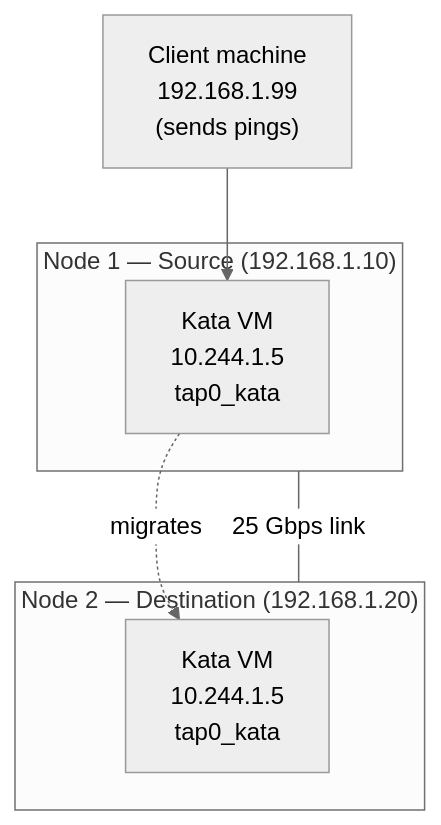
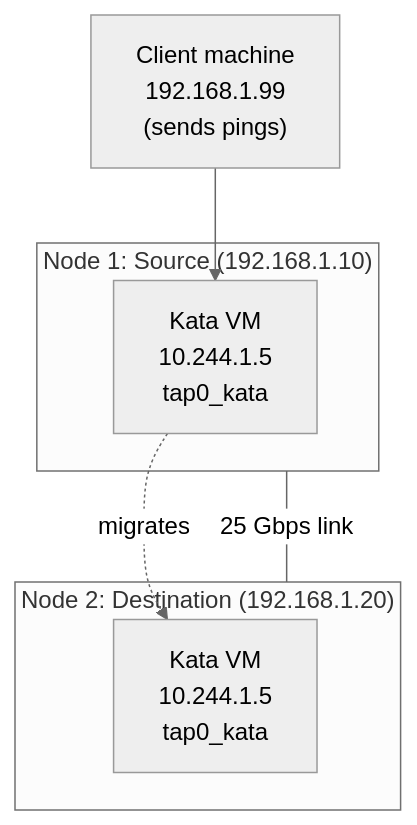
One commit to maci0/katamaran changed the first of 3 diagrams in docs/TESTING.md. Above: the diagram before and after it, drawn with Mermaid (neutral theme). The commit also changed other lines of this file and 64 other files, not shown here.

````diff
--- a/docs/TESTING.md
+++ b/docs/TESTING.md
@@ -346,16 +346,16 @@
 ```mermaid
 graph TD
-    subgraph Node1["Node 1 — Source (192.168.1.10)"]
+    subgraph Node1["Node 1: Source (192.168.1.10)"]
         VM1["Kata VM<br/>10.244.1.5<br/>tap0_kata"]
     end
 
-    subgraph Node2["Node 2 — Destination (192.168.1.20)"]
+    subgraph Node2["Node 2: Destination (192.168.1.20)"]
         VM2["Kata VM<br/>10.244.1.5<br/>tap0_kata"]
     end
 
     Client["Client machine<br/>192.168.1.99<br/>(sends pings)"]
 
     Node1 -- "25 Gbps link" --- Node2
     VM1 -. "migrates" .-> VM2
     Client --> VM1
 ```
````
